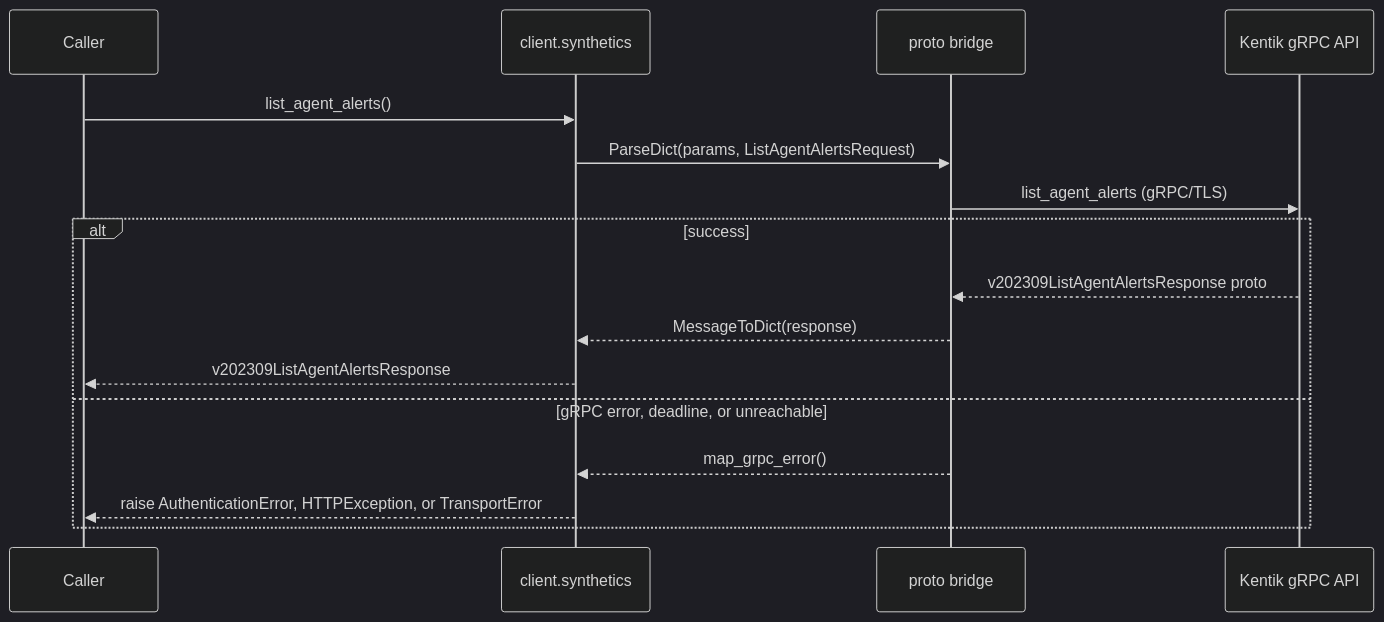
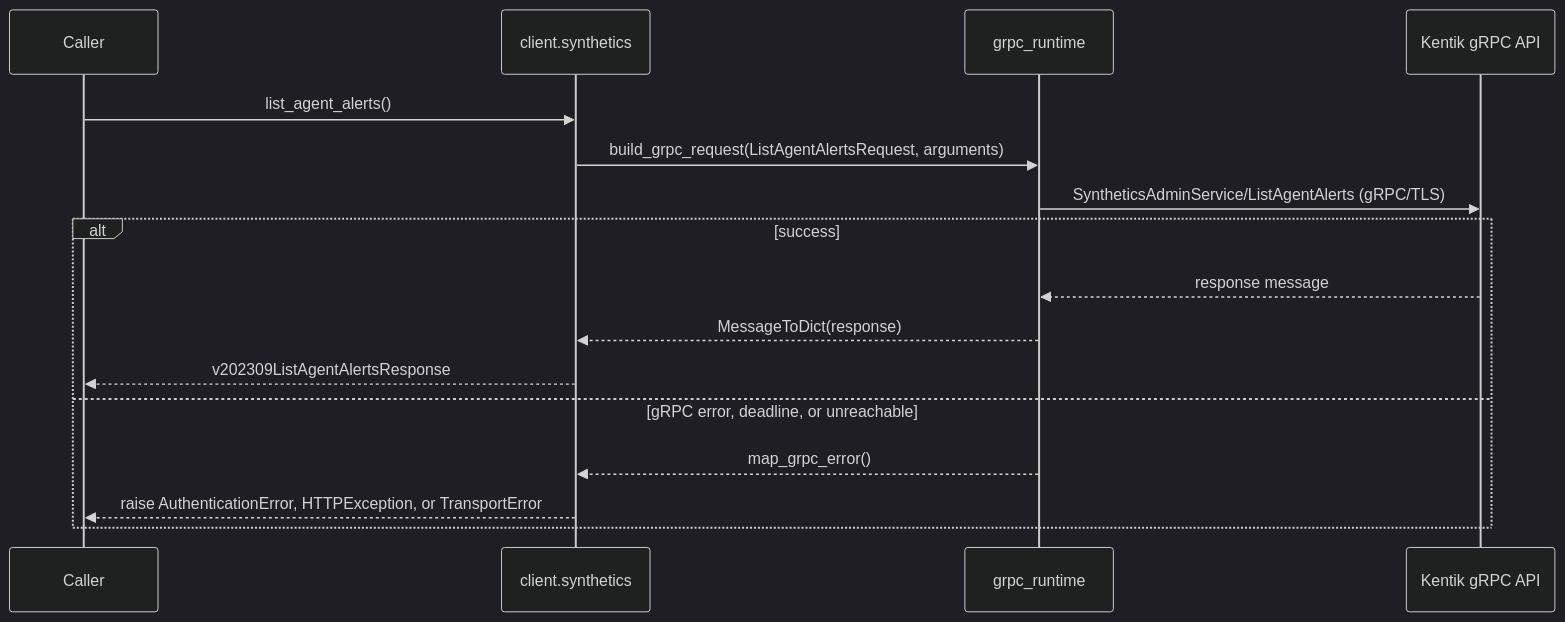
One commit to alexdearaujo/community_sdk_python changed the third of 38 diagrams in docs/sphinx/services/synthetics.md. Above: the diagram before and after it, drawn with Mermaid (dark theme). The commit also changed other lines of this file and 37 other files, not shown here.

First line of the commit message:
docs: show the real RPC in each service page's gRPC diagram

````diff
--- a/docs/sphinx/services/synthetics.md
+++ b/docs/sphinx/services/synthetics.md
@@ -61,19 +61,19 @@
 ```mermaid
 sequenceDiagram
     participant C as Caller
     participant W as client.synthetics
-    participant B as proto bridge
+    participant R as grpc_runtime
     participant API as Kentik gRPC API
 
     C->>W: list_agent_alerts()
-    W->>B: ParseDict(params, ListAgentAlertsRequest)
-    B->>API: list_agent_alerts (gRPC/TLS)
+    W->>R: build_grpc_request(ListAgentAlertsRequest, arguments)
+    R->>API: SyntheticsAdminService/ListAgentAlerts (gRPC/TLS)
     alt success
-        API-->>B: v202309ListAgentAlertsResponse proto
-        B-->>W: MessageToDict(response)
+        API-->>R: response message
+        R-->>W: MessageToDict(response)
         W-->>C: v202309ListAgentAlertsResponse
     else gRPC error, deadline, or unreachable
-        B-->>W: map_grpc_error()
+        R-->>W: map_grpc_error()
         W-->>C: raise AuthenticationError, HTTPException, or TransportError
     end
 ```
````
